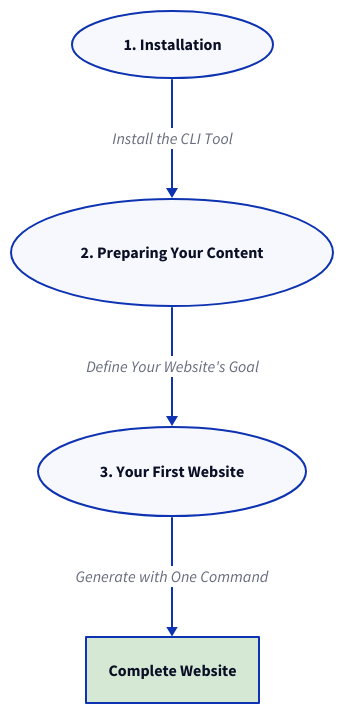
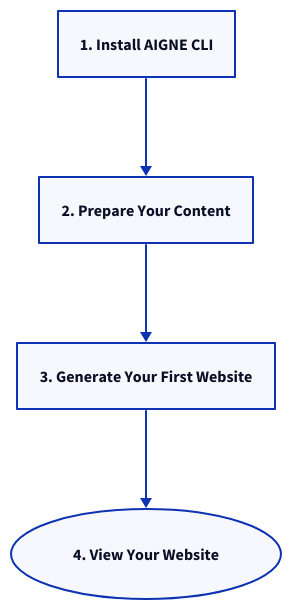
Before and after one commit to AIGNE-io/aigne-web-smith: the diagram in .aigne/doc-smith/docs/getting-started.md, drawn with D2. The commit also changed other lines of this file and 90 other files, not shown here.

````diff
--- a/.aigne/doc-smith/docs/getting-started.md
+++ b/.aigne/doc-smith/docs/getting-started.md
@@ -11,28 +7,25 @@
 ```d2
 direction: down
 
-step1: {
-  label: "1. Installation"
+Install: {
+  label: "1. Install AIGNE CLI"
+  shape: rectangle
+}
+
+Prepare: {
+  label: "2. Prepare Your Content"
+  shape: rectangle
+}
+
+Generate: {
+  label: "3. Generate Your First Website"
+  shape: rectangle
+}
+
+View: {
+  label: "4. View Your Website"
   shape: oval
 }
 
-step2: {
-  label: "2. Preparing Your Content"
-  shape: oval
-}
-
-step3: {
-  label: "3. Your First Website"
-  shape: oval
-}
-
-result: {
-  label: "Complete Website"
-  shape: rectangle
-  style.fill: "#D5E8D4"
-}
-
-step1 -> step2: "Install the CLI Tool"
-step2 -> step3: "Define Your Website's Goal"
-step3 -> result: "Generate with One Command"
+Install -> Prepare -> Generate -> View
 ```
````
